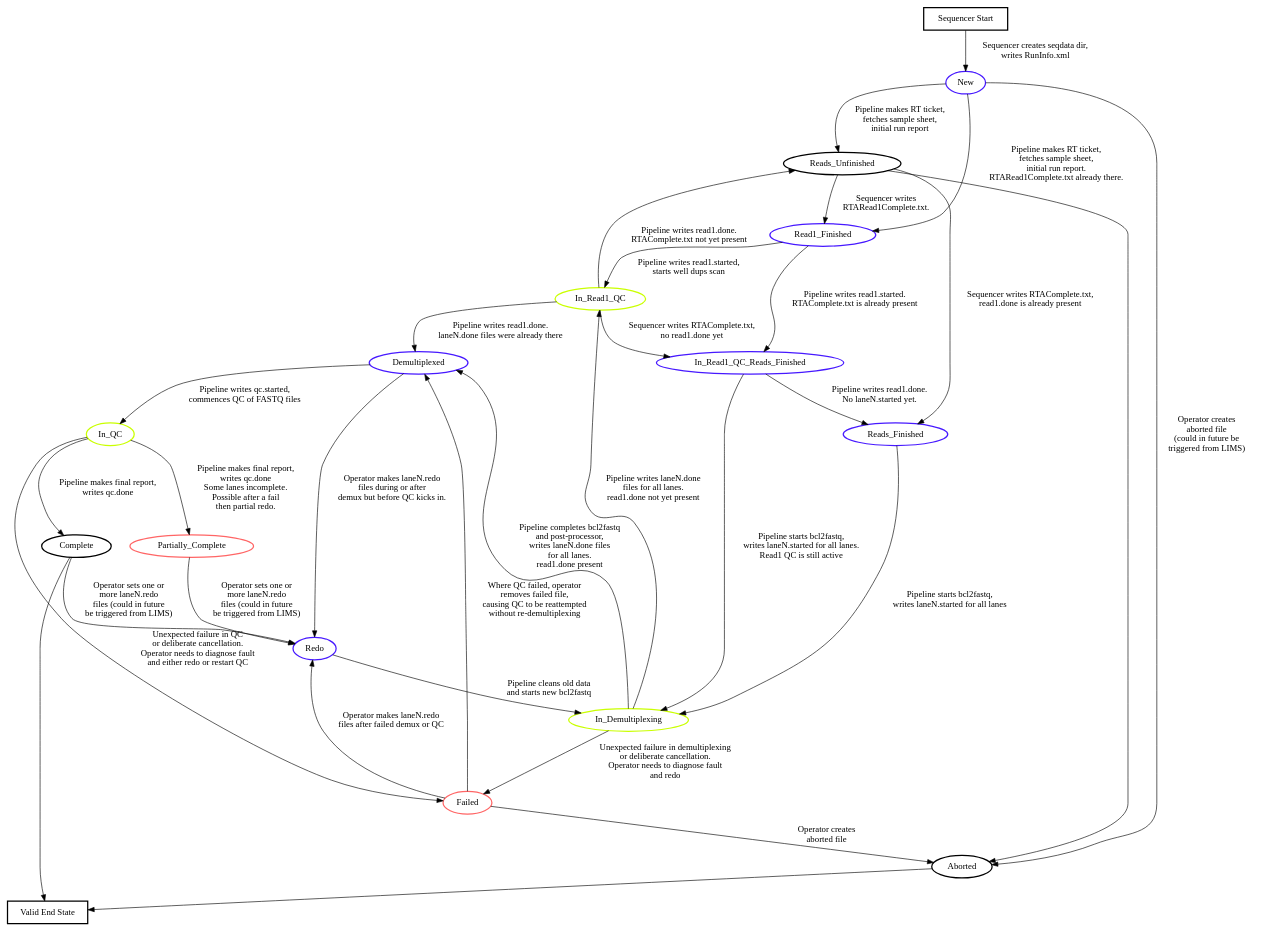
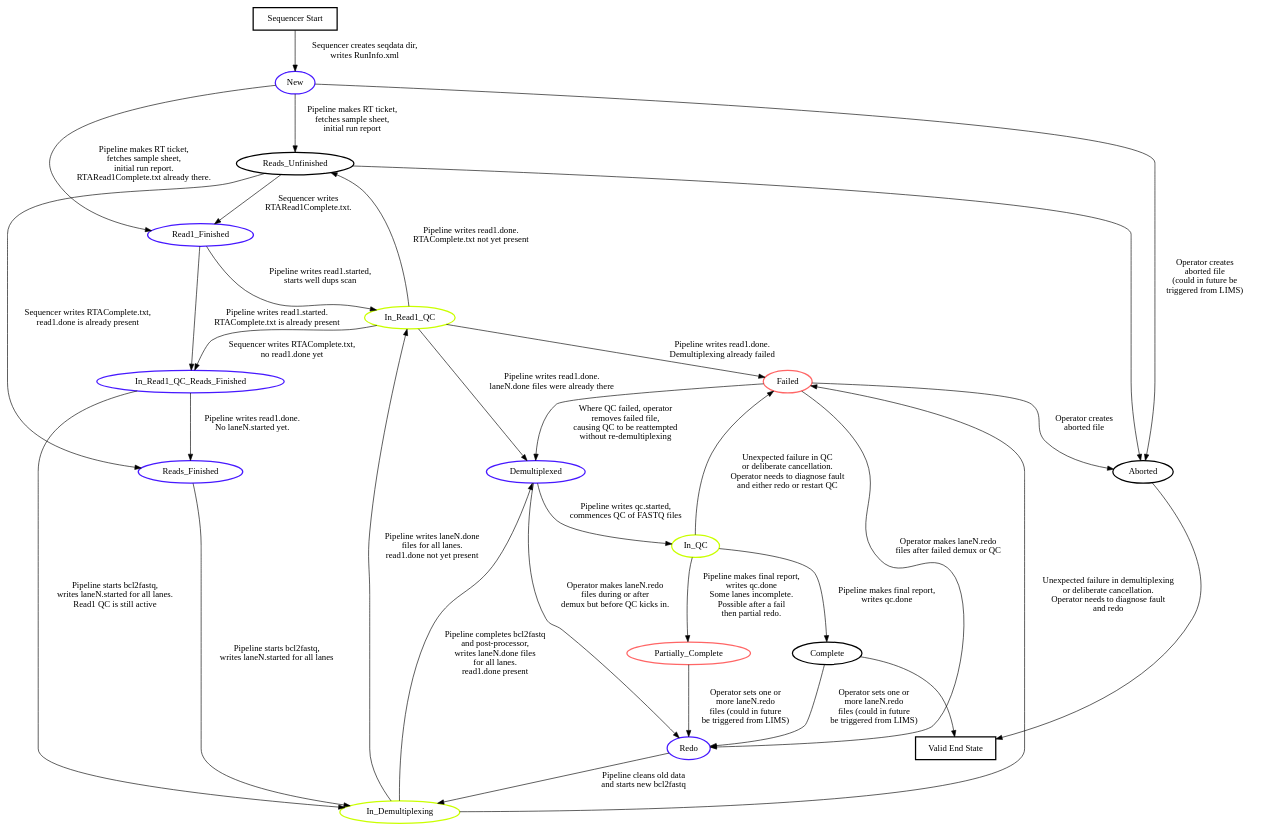
The diagram in doc/qc_trigger.gv (EdinburghGenomics/illuminatus), drawn with Graphviz before and after one commit. The commit also changed 2 other files, not shown here.

Commit message:
Report correct status of in_read1_qc when demultiplexing fails but read1 processing is ongoing. Document the possible transition from here directly to failed in the state diagram.

```diff
--- a/doc/qc_trigger.gv
+++ b/doc/qc_trigger.gv
@@ -1,51 +1,52 @@
 digraph G {
   //rankdir=LR;
   // $ dot -Tpdf doc/qc_trigger.gv -o doc/qc_trigger.pdf
   labelfloat=True;
   node [ style=bold ]
   "Sequencer Start" [ shape = rectangle ]
   "Sequencer Start"   -> "New" [ label = "Sequencer creates seqdata dir,\n writes RunInfo.xml" ]
   "New"               -> "Reads_Unfinished" [ label = "Pipeline makes RT ticket,\n fetches sample sheet,\n initial run report" ]
   "New"               -> "Read1_Finished" [ label = "Pipeline makes RT ticket,\n fetches sample sheet,\n initial run report.\n RTARead1Complete.txt already there." ]
   "New" [color="0.700 0.900 1.000"]
   "Reads_Unfinished"  -> "Read1_Finished" [ label = "Sequencer writes\n RTARead1Complete.txt." ]
   "Read1_Finished"    -> "In_Read1_QC" [ label = "Pipeline writes read1.started,\n starts well dups scan" ]
   "In_Read1_QC"       -> "In_Read1_QC_Reads_Finished" [ label = "Sequencer writes RTAComplete.txt,\n no read1.done yet" ]
   "In_Read1_QC"       -> "Reads_Unfinished" [ label = "Pipeline writes read1.done.\n RTAComplete.txt not yet present" ]
   "In_Read1_QC"       -> "Demultiplexed" [ label = "Pipeline writes read1.done.\n laneN.done files were already there" ]
+  "In_Read1_QC"       -> "Failed" [ label = "Pipeline writes read1.done.\n Demultiplexing already failed" ]
   "In_Read1_QC" [color="0.201 1.000 1.000"]
   "Read1_Finished"    -> "In_Read1_QC_Reads_Finished" [ label = "Pipeline writes read1.started.\n RTAComplete.txt is already present" ]
   "Read1_Finished" [color="0.700 0.900 1.000"]
   "In_Read1_QC_Reads_Finished" -> "In_Demultiplexing" [ label = "Pipeline starts bcl2fastq,\n writes laneN.started for all lanes.\n Read1 QC is still active" ]
   "In_Read1_QC_Reads_Finished" -> "Reads_Finished" [ label = "Pipeline writes read1.done.\n No laneN.started yet." ]
   "In_Read1_QC_Reads_Finished" [color="0.201 1.000 1.000"]
   "In_Read1_QC_Reads_Finished" [color="0.700 0.900 1.000"]
   "Reads_Unfinished"  -> "Reads_Finished" [ label = "Sequencer writes RTAComplete.txt,\n read1.done is already present" ]
   "Reads_Finished"    -> "In_Demultiplexing" [ label = "Pipeline starts bcl2fastq,\n writes laneN.started for all lanes" ]
   "Reads_Finished" [color="0.700 0.900 1.000"]
   "In_Demultiplexing" -> "In_Read1_QC" [ label = "Pipeline writes laneN.done\n files for all lanes.\n read1.done not yet present" ]
   "In_Demultiplexing" -> "Demultiplexed" [ label = "Pipeline completes bcl2fastq\n and post-processor,\n writes laneN.done files\n for all lanes.\n read1.done present" ]
   "In_Demultiplexing" [color="0.201 1.000 1.000"]
   "Demultiplexed"     -> "In_QC" [ label = "Pipeline writes qc.started,\n commences QC of FASTQ files" ]
   "Demultiplexed" [color="0.700 0.900 1.000"]
   "In_QC"             -> "Complete" [ label = "Pipeline makes final report,\n writes qc.done" ]
   "In_QC"             -> "Failed" [ label = "Unexpected failure in QC\n or deliberate cancellation.\n Operator needs to diagnose fault\n and either redo or restart QC" ]
   "In_QC"             -> "Partially_Complete" [ label = "Pipeline makes final report,\n writes qc.done\n Some lanes incomplete.\n Possible after a fail\n then partial redo." ]
   "In_QC" [color="0.201 1.000 1.000"]
   "In_Demultiplexing" -> "Failed" [ label = "Unexpected failure in demultiplexing\n or deliberate cancellation.\n Operator needs to diagnose fault\n and redo" ]
   "Failed"            -> "Redo" [ label = "Operator makes laneN.redo\n files after failed demux or QC" ]
   "Demultiplexed"     -> "Redo" [ label = "Operator makes laneN.redo\n files during or after\n demux but before QC kicks in." ]
   "Complete"          -> "Redo" [ label = "Operator sets one or\n more laneN.redo\n files (could in future\n be triggered from LIMS)" ]
   "Partially_Complete" -> "Redo" [ label = "Operator sets one or\n more laneN.redo\n files (could in future\n be triggered from LIMS)" ]
   "Partially_Complete" [color="0.000 0.600 1.000"]
   "Failed"            -> "Demultiplexed" [ label = "Where QC failed, operator\n removes failed file,\n causing QC to be reattempted\n without re-demultiplexing" ]
   "Failed" [color="0.000 0.600 1.000"]
   "Redo"              -> "In_Demultiplexing" [ label = "Pipeline cleans old data\n and starts new bcl2fastq" ] 
   "Redo" [color="0.700 0.900 1.000"]
   "New"               -> "Aborted" [ label = "Operator creates\n aborted file\n (could in future be\n triggered from LIMS)" ]
   "Reads_Unfinished"  -> "Aborted"
   "Failed"            -> "Aborted" [ label = "Operator creates\n aborted file" ]
   "Valid End State" [ shape = rectangle ]
   "Complete"          -> "Valid End State"
   "Aborted"           -> "Valid End State"
 }
```
